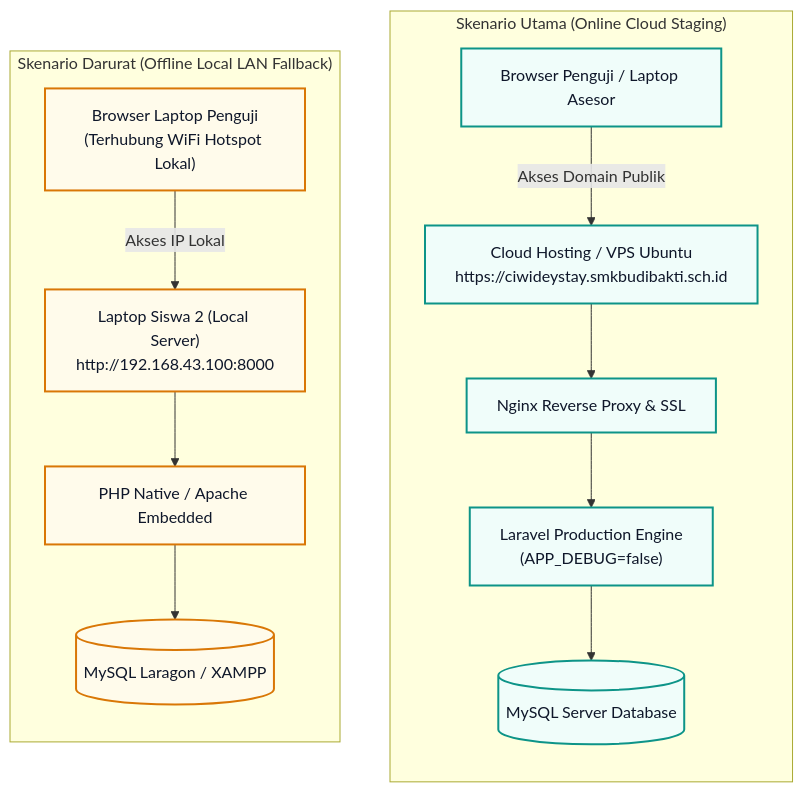
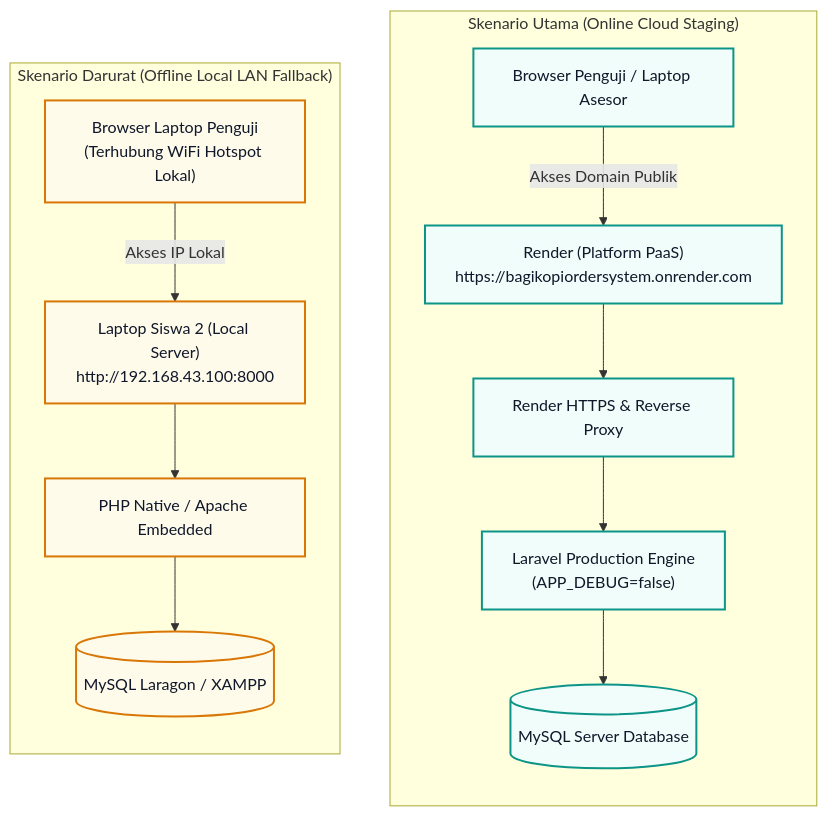
Before and after one commit to AriWidian06/coffeShop_ukk: the diagram in S4-02: ARTEFAK PRODUCTION DEPLOYMENT & OFFLINE CONTINGENCY/S4-02-DEPLOYMENT-ARTIFACT.md, drawn with Mermaid. The commit also changed other lines of this file, not shown here.

Commit message:
docs: perbarui S4-02 dengan URL produksi Render dan hasil pengukuran respons

````diff
--- a/S4-02: ARTEFAK PRODUCTION DEPLOYMENT & OFFLINE CONTINGENCY/S4-02-DEPLOYMENT-ARTIFACT.md
+++ b/S4-02: ARTEFAK PRODUCTION DEPLOYMENT & OFFLINE CONTINGENCY/S4-02-DEPLOYMENT-ARTIFACT.md
@@ -60,26 +60,26 @@
 ```mermaid
 flowchart TD
     subgraph Skenario_Online ["Skenario Utama (Online Cloud Staging)"]
         direction TB
-        ClientNet["Browser Penguji / Laptop Asesor"] -->|Akses Domain Publik| CloudVPS["Cloud Hosting / VPS Ubuntu\nhttps://ciwideystay.smkbudibakti.sch.id"]
-        CloudVPS --> NginxProd["Nginx Reverse Proxy & SSL"]
+        ClientNet["Browser Penguji / Laptop Asesor"] -->|Akses Domain Publik| CloudVPS["Render (Platform PaaS)\nhttps://bagikopiordersystem.onrender.com"]
+        CloudVPS --> NginxProd["Render HTTPS & Reverse Proxy"]
         NginxProd --> AppProd["Laravel Production Engine\n(APP_DEBUG=false)"]
         AppProd --> DBProd[(MySQL Server Database)]
     end
 
 
     subgraph Skenario_Offline ["Skenario Darurat (Offline Local LAN Fallback)"]
         direction TB
         ClientLAN["Browser Laptop Penguji\n(Terhubung WiFi Hotspot Lokal)"] -->|Akses IP Lokal| LocalHost["Laptop Siswa 2 (Local Server)\nhttp://192.168.43.100:8000"]
         LocalHost --> LocalPHP["PHP Native / Apache Embedded"]
         LocalPHP --> LocalDB[(MySQL Laragon / XAMPP)]
     end
 
 
     classDef onStyle fill:#F0FDFA,stroke:#0D9488,stroke-width:2px,color:#0F172A;
     classDef offStyle fill:#FFFBEB,stroke:#D97706,stroke-width:2px,color:#0F172A;
 
 
     class ClientNet,CloudVPS,NginxProd,AppProd,DBProd onStyle;
     class ClientLAN,LocalHost,LocalPHP,LocalDB offStyle;
 ```
````
